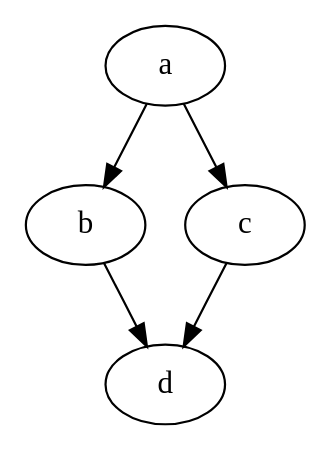
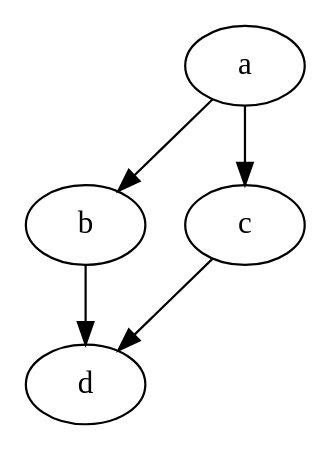
One commit to Jordanwmk/Paralex changed the diagram in src/test2.dot. Above: the diagram before and after it, drawn with Graphviz. The commit also changed 5 other files, not shown here.

Commit message:
added start/processor to output

```diff
--- a/src/test2.dot
+++ b/src/test2.dot
@@ -1,10 +1,10 @@
 digraph {
-	"a" ["Weight"="2"];
-	"b" ["Weight"="3"];
-	"c" ["Weight"="3"];
-	"d" ["Weight"="2"];
-	"a" -> "b" ["Weight"="1"];
-	"a" -> "c" ["Weight"="2"];
-	"b" -> "d" ["Weight"="2"];
-	"c" -> "d" ["Weight"="1"];
+	"a" ["weight"="2","Processor"=1,"ui.label"="a","Start"=0,"ui.style"="fill-color: red;"];
+	"b" ["weight"="3","Processor"=2,"ui.label"="b","Start"=3,"ui.style"="fill-color: red;"];
+	"c" ["weight"="3","Processor"=1,"ui.label"="c","Start"=2,"ui.style"="fill-color: red;"];
+	"d" ["weight"="2","Processor"=2,"ui.label"="d","Start"=6,"ui.style"="fill-color: red;"];
+	"a" -> "b" ["weight"="1"];
+	"a" -> "c" ["weight"="2"];
+	"b" -> "d" ["weight"="2"];
+	"c" -> "d" ["weight"="1"];
 }
```
